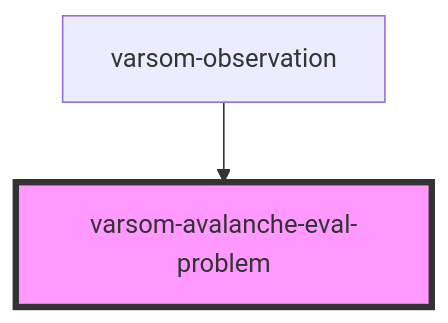
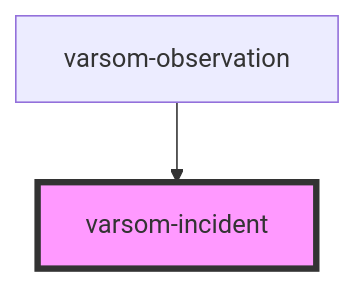
The diagram in observasjonskort/src/components/varsom-incident/readme.md (NVE/varsom-observation), drawn with Mermaid before and after one commit. The commit also changed other lines of this file and 27 other files, not shown here.

````diff
--- a/observasjonskort/src/components/varsom-incident/readme.md
+++ b/observasjonskort/src/components/varsom-incident/readme.md
@@ -40,5 +53,5 @@
 ```mermaid
 graph TD;
-  varsom-observation --> varsom-avalanche-eval-problem
-  style varsom-avalanche-eval-problem fill:#f9f,stroke:#333,stroke-width:4px
+  varsom-observation --> varsom-incident
+  style varsom-incident fill:#f9f,stroke:#333,stroke-width:4px
 ```
````
